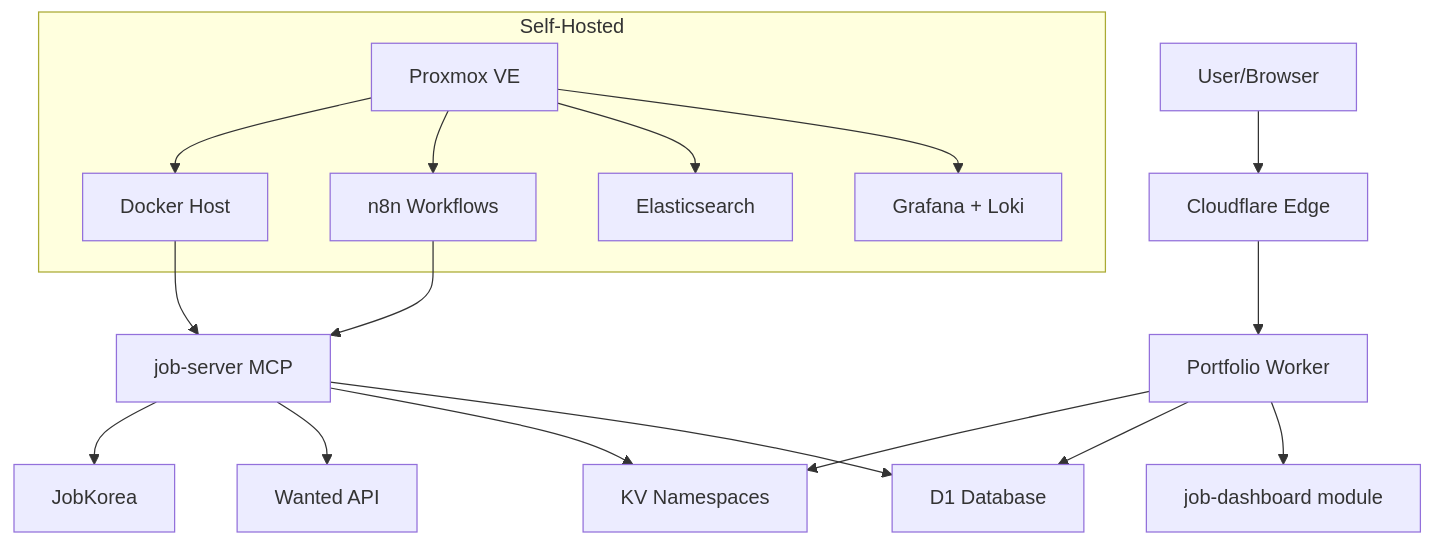
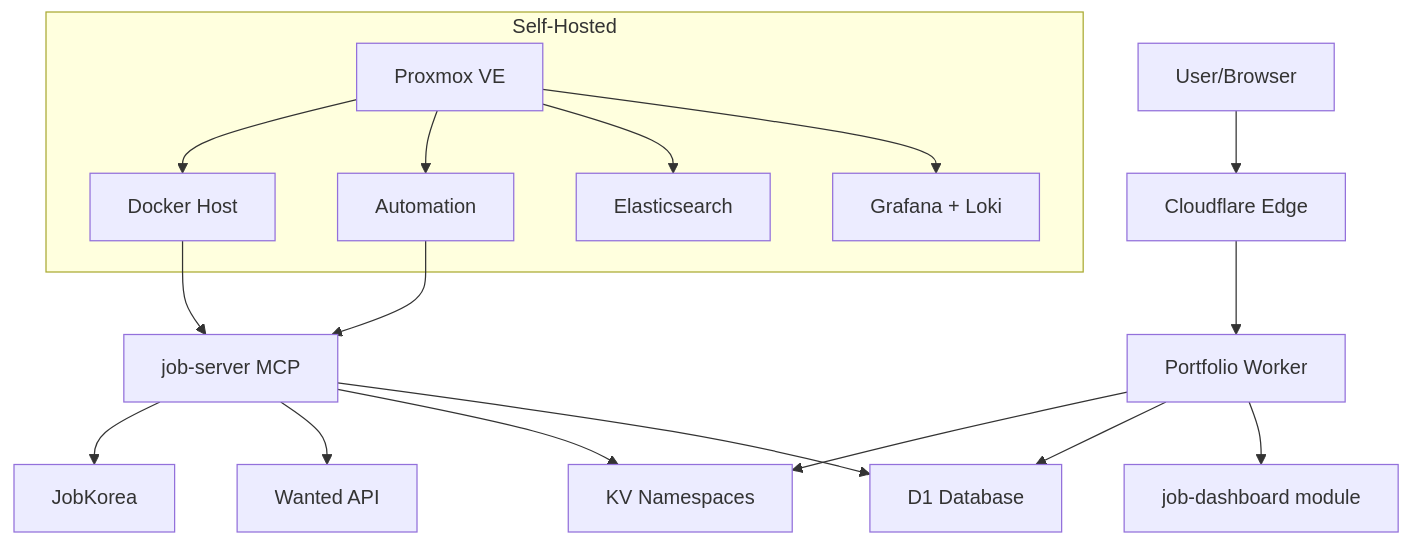
The diagram in infrastructure/README.md (jclee941/resume), drawn with Mermaid before and after one commit. The commit also changed other lines of this file and 233 other files, not shown here.

````diff
--- a/infrastructure/README.md
+++ b/infrastructure/README.md
@@ -17,24 +17,24 @@
 ```mermaid
 graph TB
     User[User/Browser] --> CF[Cloudflare Edge]
     CF --> Portfolio[Portfolio Worker]
     Portfolio --> JobDash[job-dashboard module]
 
     subgraph Self-Hosted
         Proxmox[Proxmox VE]
         Proxmox --> Grafana[Grafana + Loki]
         Proxmox --> ES[Elasticsearch]
-        Proxmox --> n8n[n8n Workflows]
+        Proxmox --> automation[Automation]
         Proxmox --> Docker[Docker Host]
     end
 
     Docker --> JobServer[job-server MCP]
-    n8n --> JobServer
+    automation --> JobServer
     JobServer --> D1[D1 Database]
     JobServer --> KV[KV Namespaces]
     JobServer --> Wanted[Wanted API]
     JobServer --> JK[JobKorea]
 
     Portfolio --> D1
     Portfolio --> KV
 ```
````
